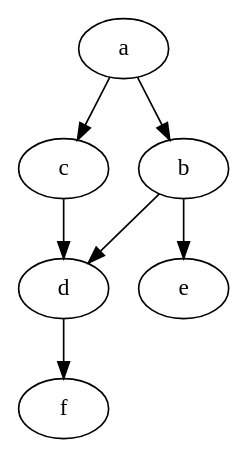
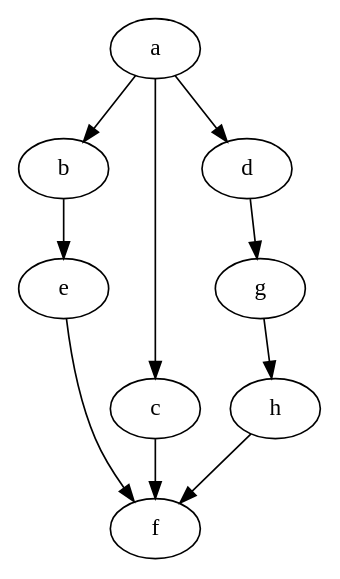
The diagram in src/main/resources/graphfile.dot (EbenTowne/CSE464-EbenTowne), drawn with Graphviz before and after one commit. The commit also changed 2 other files, not shown here.

```diff
--- a/src/main/resources/graphfile.dot
+++ b/src/main/resources/graphfile.dot
@@ -1,14 +1,19 @@
 digraph {
     a;
     b;
     c;
     d;
     e;
     f;
+    g;
+    h;
     a -> b;
     a -> c;
-    b -> d;
+    a -> d;
     b -> e;
-    c -> d;
-    d -> f;
+    c -> f;
+    d -> g;
+    g -> h;
+    h -> f;
+    e -> f;
 }
```
